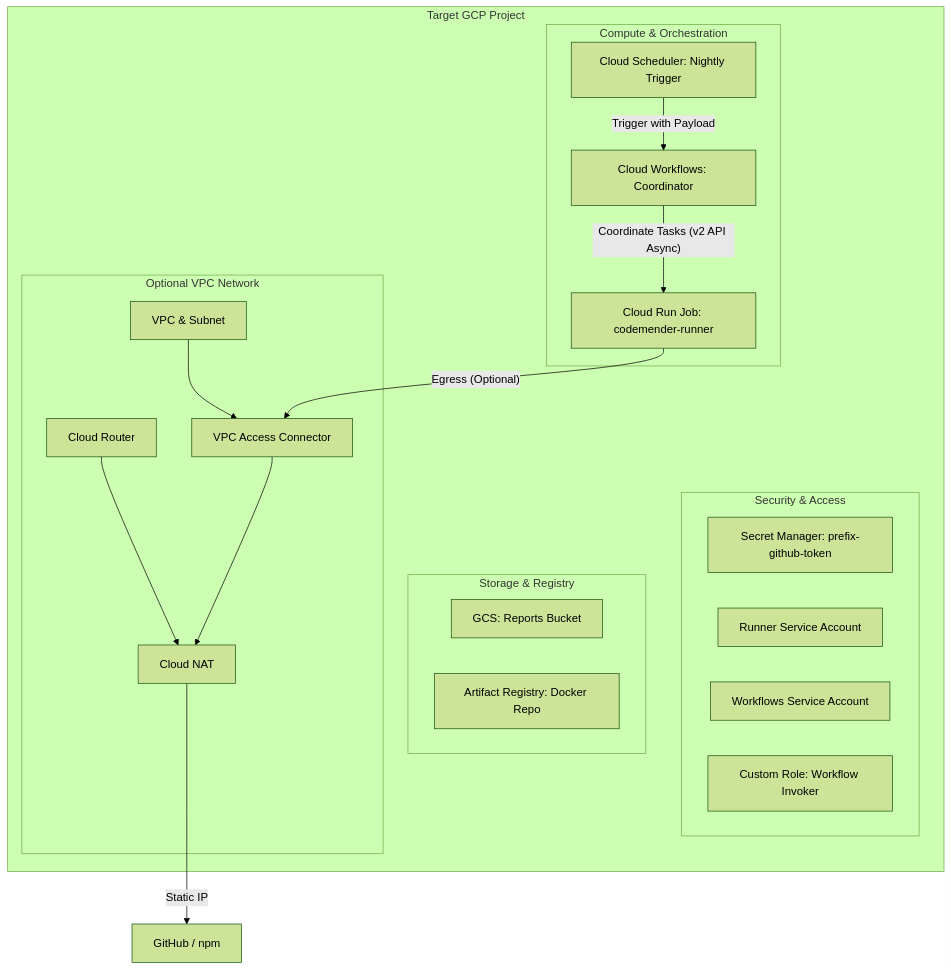
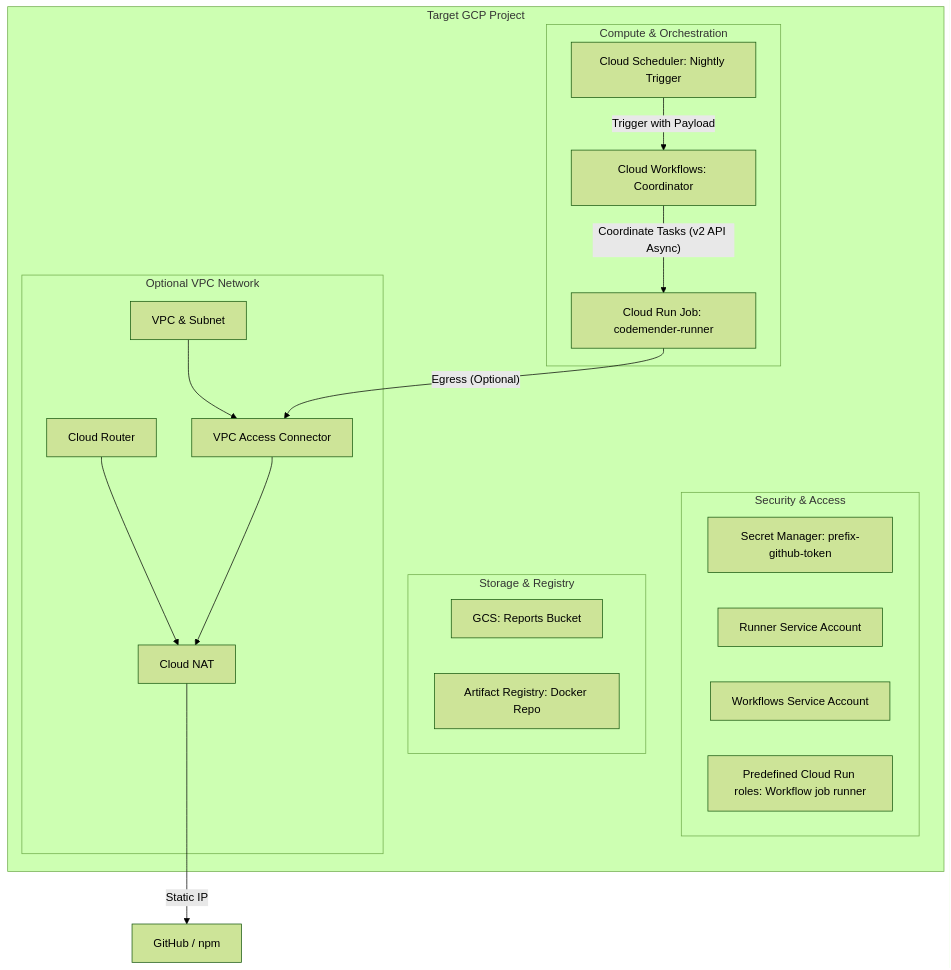
Before and after one commit to niteshtadepalli/bokeh: the diagram in docs/architecture/deployment_automation.md, drawn with Mermaid (forest theme). The commit also changed other lines of this file and 6 other files, not shown here.

````diff
--- a/docs/architecture/deployment_automation.md
+++ b/docs/architecture/deployment_automation.md
@@ -36,36 +36,36 @@
 ```mermaid
 graph TD
     subgraph Target GCP Project
         subgraph Security & Access
             SM[Secret Manager: prefix-github-token]
             RunnerSA[Runner Service Account]
             WorkflowSA[Workflows Service Account]
-            CustomRole[Custom Role: Workflow Invoker]
+            RunRoles[Predefined Cloud Run roles: Workflow job runner]
         end
 
         subgraph Storage & Registry
             ReportsGCS[GCS: Reports Bucket]
             Registry[Artifact Registry: Docker Repo]
         end
 
         subgraph Compute & Orchestration
             CR_Job[Cloud Run Job: codemender-runner]
             Workflow[Cloud Workflows: Coordinator]
             Scheduler[Cloud Scheduler: Nightly Trigger]
         end
 
         subgraph Optional VPC Network
             VPC[VPC & Subnet] --> Connector[VPC Access Connector]
             Router[Cloud Router] --> NAT[Cloud NAT]
         end
     end
 
     %% Routing Egress
     CR_Job -->|"Egress (Optional)"| Connector
     Connector --> NAT
     NAT -->|"Static IP"| Internet[GitHub / npm]
 
     %% Triggers
     Scheduler -->|Trigger with Payload| Workflow
     Workflow -->|"Coordinate Tasks (v2 API Async)"| CR_Job
 ```
````
